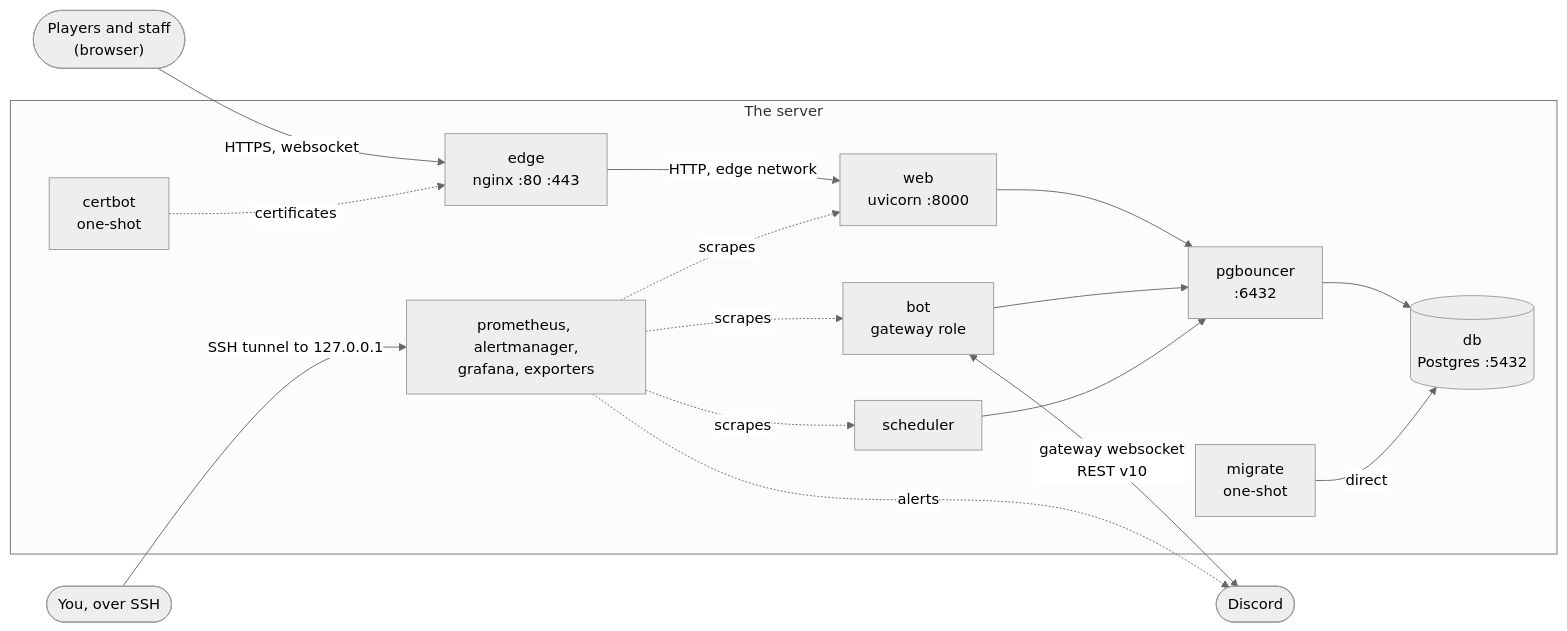
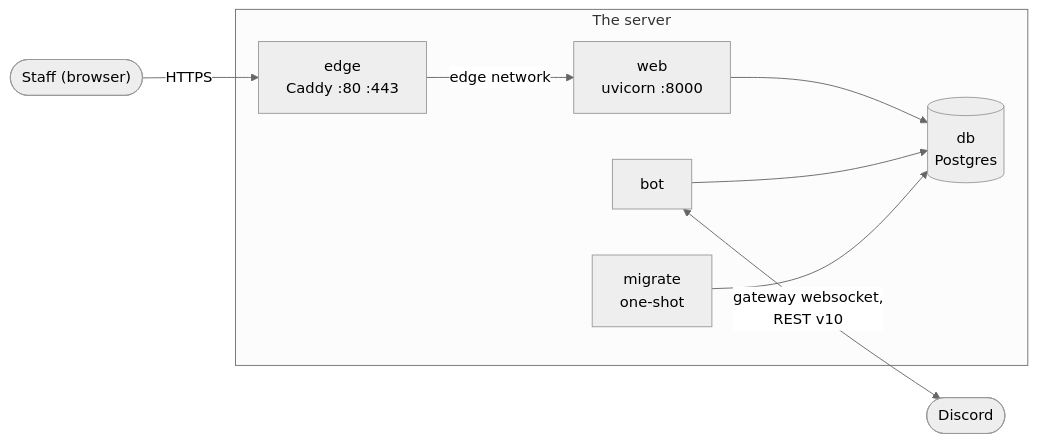
One commit to VARSITYLUNCHBUG/DayShift changed the first of 2 diagrams in docs/architecture.md. Above: the diagram before and after it, drawn with Mermaid (neutral theme). The commit also changed other lines of this file and 18 other files, not shown here.

````diff
--- a/docs/architecture.md
+++ b/docs/architecture.md
@@ -35,33 +27,17 @@
 ```mermaid
 flowchart LR
-    player(["Players and staff<br/>(browser)"])
+    player(["Staff (browser)"])
     discord(["Discord"])
-    ops(["You, over SSH"])
-
     subgraph host["The server"]
-        edge["edge<br/>nginx :80 :443"]
+        edge["edge<br/>Caddy :80 :443"]
         web["web<br/>uvicorn :8000"]
-        bot["bot<br/>gateway role"]
-        sched["scheduler"]
-        pgb["pgbouncer<br/>:6432"]
-        db[("db<br/>Postgres :5432")]
+        bot["bot"]
         migrate["migrate<br/>one-shot"]
-        certbot["certbot<br/>one-shot"]
-        obs["prometheus, alertmanager,<br/>grafana, exporters"]
+        db[("db<br/>Postgres")]
     end
-
-    player -- "HTTPS, websocket" --> edge
-    edge -- "HTTP, edge network" --> web
-    bot <-->|"gateway websocket<br/>REST v10"| discord
-    web --> pgb
-    bot --> pgb
-    sched --> pgb
-    pgb --> db
-    migrate -- "direct" --> db
-    certbot -. "certificates" .-> edge
-    obs -. "scrapes" .-> web
-    obs -. "scrapes" .-> bot
-    obs -. "scrapes" .-> sched
-    obs -. "alerts" .-> discord
-    ops -- "SSH tunnel to 127.0.0.1" --> obs
+    player -- HTTPS --> edge -- "edge network" --> web
+    bot <-->|"gateway websocket,<br/>REST v10"| discord
+    web --> db
+    bot --> db
+    migrate --> db
 ```
````
